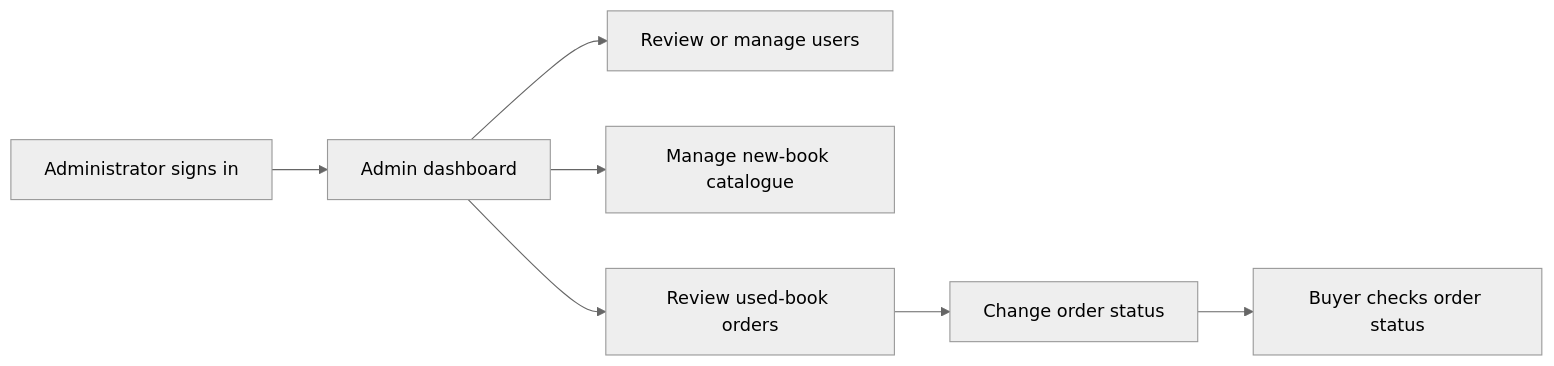
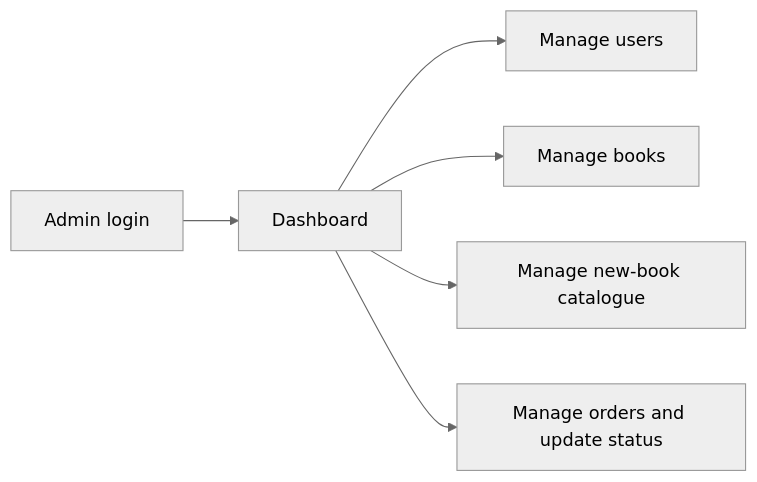
Before and after one commit to dhruvprajapati6/AuraBook: the third of 4 diagrams in README.md, drawn with Mermaid (neutral theme). The commit also changed other lines of this file, not shown here.

````diff
--- a/README.md
+++ b/README.md
@@ -152,9 +124,8 @@
 ```mermaid
 flowchart LR
-    A[Administrator signs in] --> B[Admin dashboard]
-    B --> C[Review or manage users]
-    B --> D[Manage new-book catalogue]
-    B --> E[Review used-book orders]
-    E --> F[Change order status]
-    F --> G[Buyer checks order status]
+    A[Admin login] --> B[Dashboard]
+    B --> C[Manage users]
+    B --> D[Manage books]
+    B --> E[Manage new-book catalogue]
+    B --> F[Manage orders and update status]
 ```
````
